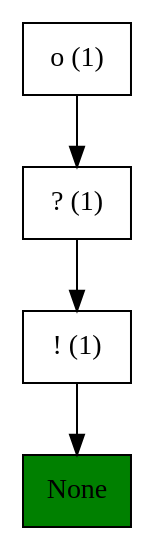
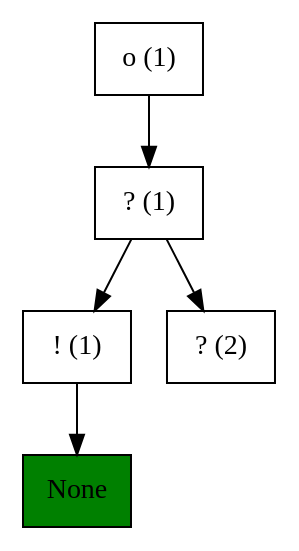
One commit to NVSL/TAZI changed the diagram in out_behavior.dot. Above: the diagram before and after it, drawn with Graphviz. The commit also changed 10 other files, not shown here.

```diff
--- a/out_behavior.dot
+++ b/out_behavior.dot
@@ -1,10 +1,12 @@
 digraph G {
     ordering=out;
     inverter1 -> action_node1;
     selector_node1 -> inverter1;
+    selector_node1 -> selector_node2;
     root -> selector_node1;
     action_node1 [shape="polygon", sides=4, fillcolor="green", style="filled", label="None"];
 	inverter1 [shape="polygon",sides=4,label="! (1)"];
+	selector_node2 [shape="polygon",sides=4,label="? (2)"];
 	selector_node1 [shape="polygon",sides=4,label="? (1)"];
 	root [shape="polygon",sides=4,label="o (1)"];
  }
```
